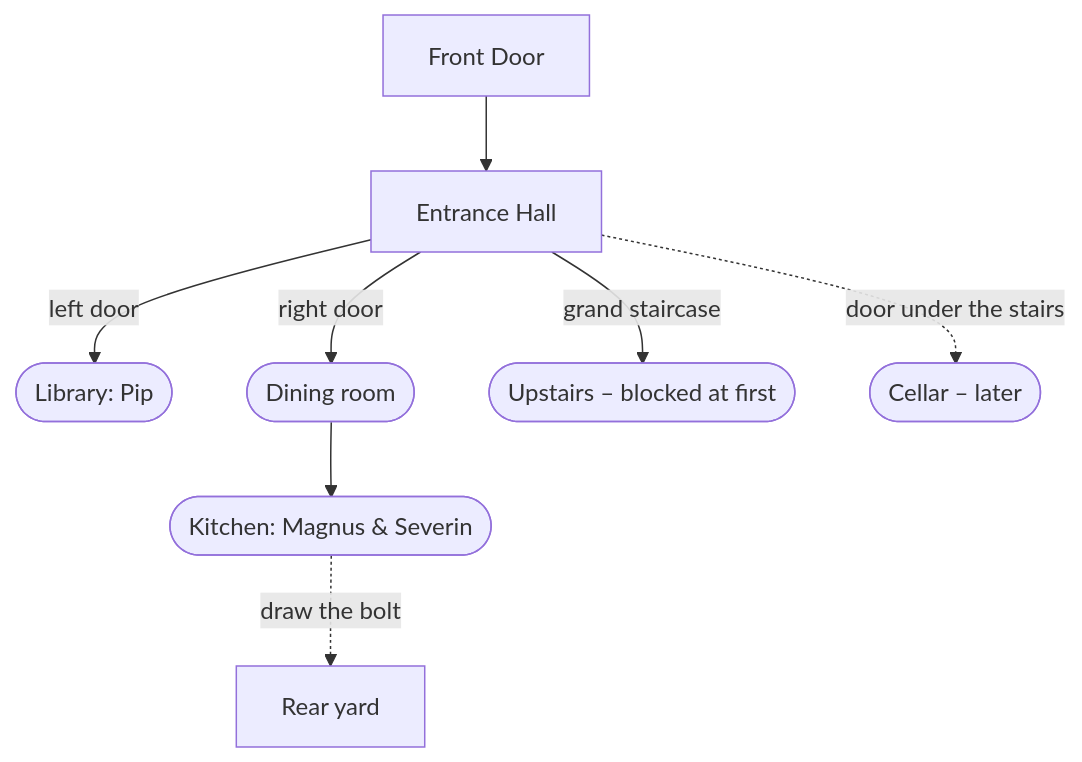
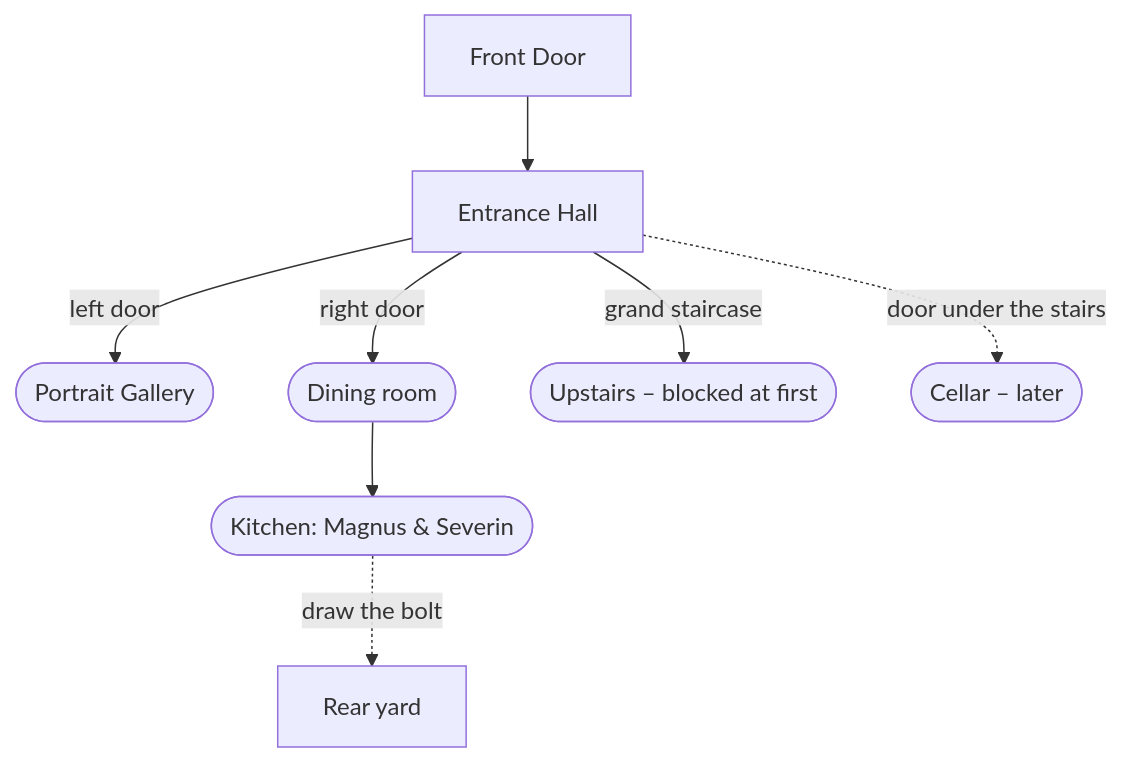
The diagram in ENTRANCE_HALL.md (jamesmcmahondk-oss/The-Mansion), drawn with Mermaid before and after one commit. The commit also changed other lines of this file and 2 other files, not shown here.

Commit message:
Entrance Hall: the left door leads to the Portrait Gallery (not locked)
The stairs go back to 'Not yet' until upstairs is built.

Claude-Session: https://claude.ai/code/session_01HPW4qFXH6Xbcc4jDiJpXNp

````diff
--- a/ENTRANCE_HALL.md
+++ b/ENTRANCE_HALL.md
@@ -38,9 +38,9 @@
 ```mermaid
 flowchart TD
     FD[Front Door] --> HALL[Entrance Hall]
-    HALL -->|left door| LIB([Library: Pip])
+    HALL -->|left door| GAL([Portrait Gallery])
     HALL -->|right door| DINE([Dining room]) --> KIT([Kitchen: Magnus & Severin])
     KIT -.draw the bolt.-> REAR[Rear yard]
     HALL -->|grand staircase| UP([Upstairs – blocked at first])
     HALL -.door under the stairs.-> CEL([Cellar – later])
 ```
````
